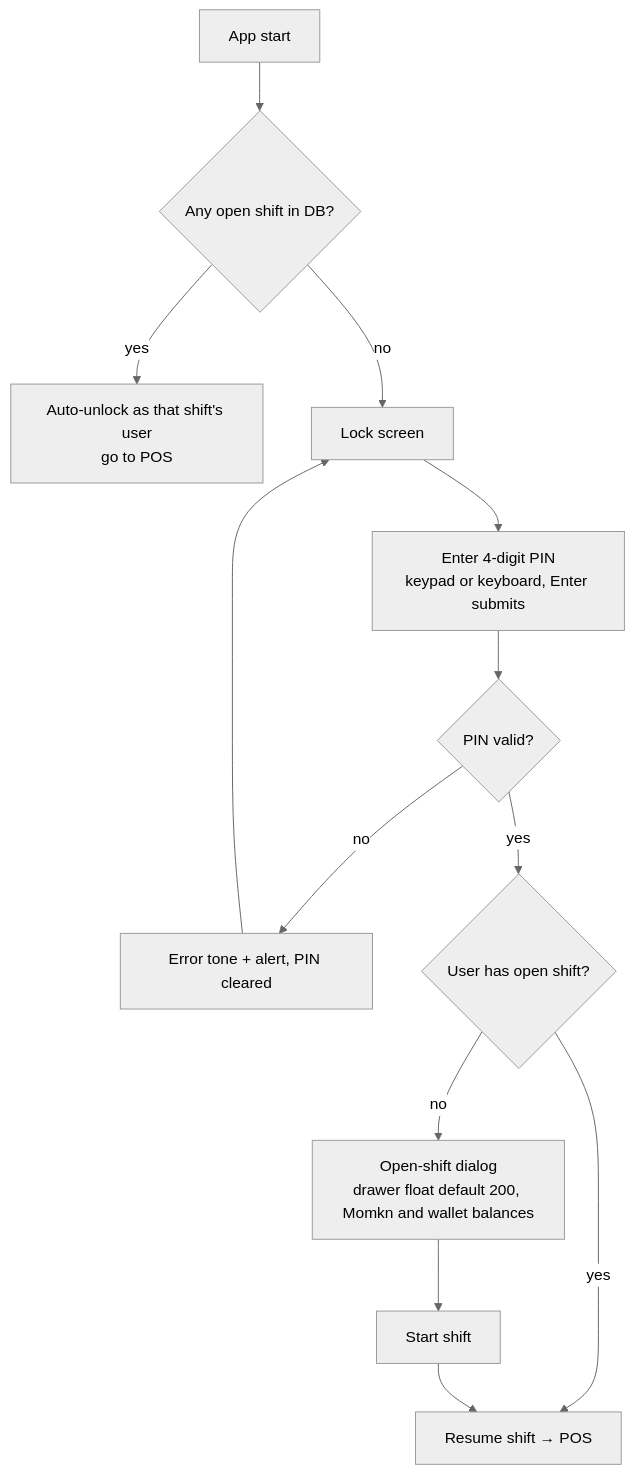
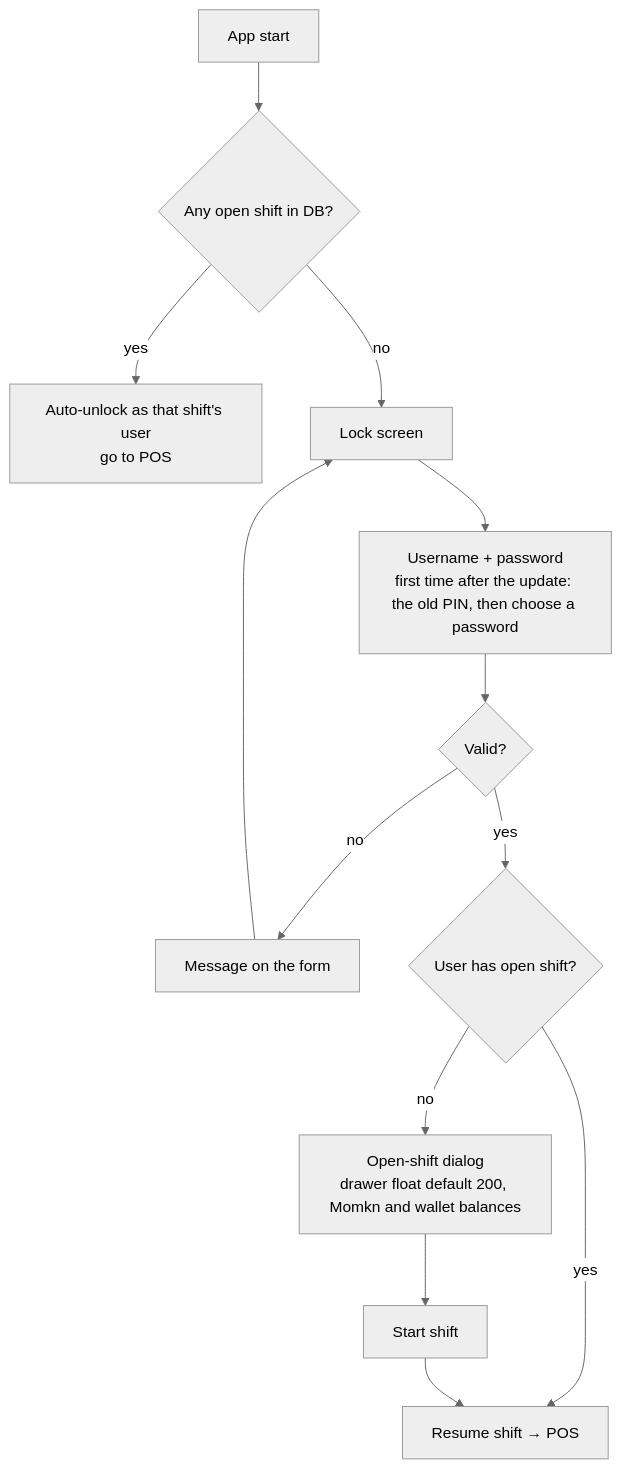
One commit to Youssef2508/hero-market changed the first of 3 diagrams in .docs/USER_FLOWS.md. Above: the diagram before and after it, drawn with Mermaid (neutral theme). The commit also changed other lines of this file and 64 other files, not shown here.

First line of the commit message:
feat(auth): username + password with one-time PIN migration; supervised returns and shift differences

````diff
--- a/.docs/USER_FLOWS.md
+++ b/.docs/USER_FLOWS.md
@@ -7,13 +7,13 @@
 ```mermaid
 flowchart TD
   A[App start] --> B{Any open shift in DB?}
   B -- yes --> C[Auto-unlock as that shift's user<br/>go to POS]
   B -- no --> D[Lock screen]
-  D --> E[Enter 4-digit PIN<br/>keypad or keyboard, Enter submits]
-  E --> F{PIN valid?}
-  F -- no --> G[Error tone + alert, PIN cleared] --> D
+  D --> E[Username + password<br/>first time after the update: the old PIN, then choose a password]
+  E --> F{Valid?}
+  F -- no --> G[Message on the form] --> D
   F -- yes --> H{User has open shift?}
   H -- yes --> I[Resume shift → POS]
   H -- no --> J[Open-shift dialog<br/>drawer float default 200, Momkn and wallet balances]
   J --> K[Start shift] --> I
 ```
````
